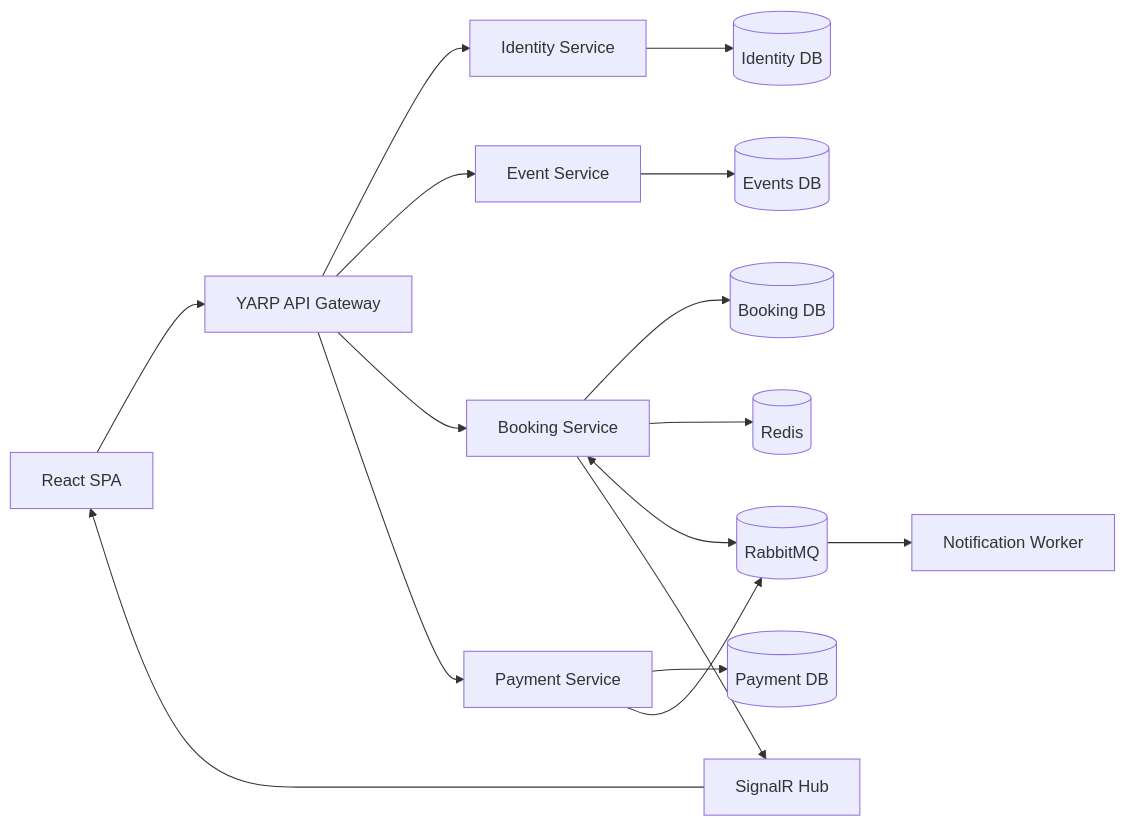
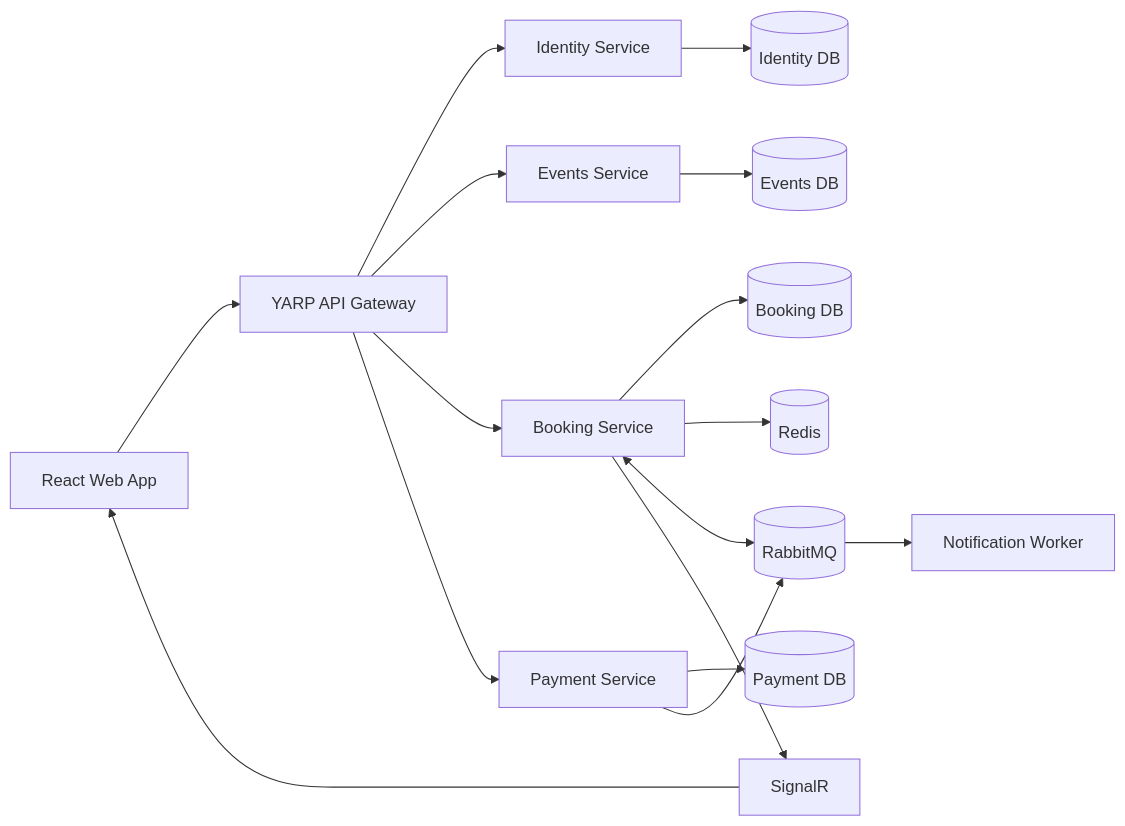
One commit to thienkhoalew/flashseat changed the diagram in README.md. Above: the diagram before and after it, drawn with Mermaid. The commit also changed other lines of this file and 2 other files, not shown here.

````diff
--- a/README.md
+++ b/README.md
@@ -62,20 +9,22 @@
 ```mermaid
 flowchart LR
-    Browser[React SPA] --> Gateway[YARP API Gateway]
+    Browser[React Web App] --> Gateway[YARP API Gateway]
+
     Gateway --> Identity[Identity Service]
-    Gateway --> Events[Event Service]
+    Gateway --> Events[Events Service]
     Gateway --> Booking[Booking Service]
     Gateway --> Payment[Payment Service]
 
     Identity --> IdentityDb[(Identity DB)]
-    Events --> EventDb[(Events DB)]
+    Events --> EventsDb[(Events DB)]
     Booking --> BookingDb[(Booking DB)]
     Payment --> PaymentDb[(Payment DB)]
 
     Booking --> Redis[(Redis)]
     Booking <--> RabbitMQ[(RabbitMQ)]
     Payment --> RabbitMQ
-    RabbitMQ --> Worker[Notification Worker]
-    Booking --> SignalR[SignalR Hub]
+    RabbitMQ --> Notifications[Notification Worker]
+
+    Booking --> SignalR[SignalR]
     SignalR --> Browser
 ```
````
